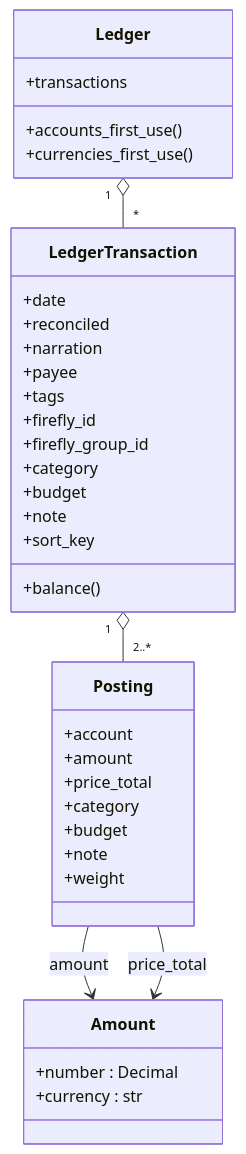
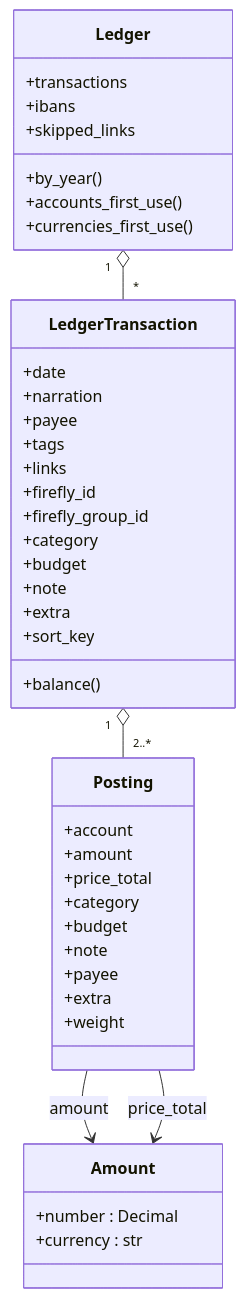
The third of 6 diagrams in docs/wiki/Ledger-Architecture.md (fran33git/firefly-reports), drawn with Mermaid before and after one commit. The commit also changed other lines of this file and 13 other files, not shown here.

````diff
--- a/docs/wiki/Ledger-Architecture.md
+++ b/docs/wiki/Ledger-Architecture.md
@@ -81,39 +146,45 @@
 ```mermaid
 classDiagram
     class Ledger {
         +transactions
+        +ibans
+        +skipped_links
+        +by_year()
         +accounts_first_use()
         +currencies_first_use()
     }
     class LedgerTransaction {
         +date
-        +reconciled
         +narration
         +payee
         +tags
+        +links
         +firefly_id
         +firefly_group_id
         +category
         +budget
         +note
+        +extra
         +sort_key
         +balance()
     }
     class Posting {
         +account
         +amount
         +price_total
         +category
         +budget
         +note
+        +payee
+        +extra
         +weight
     }
     class Amount {
         +number : Decimal
         +currency : str
     }
     Ledger "1" o-- "*" LedgerTransaction
     LedgerTransaction "1" o-- "2..*" Posting
     Posting --> Amount : amount
     Posting --> Amount : price_total
 ```
````
